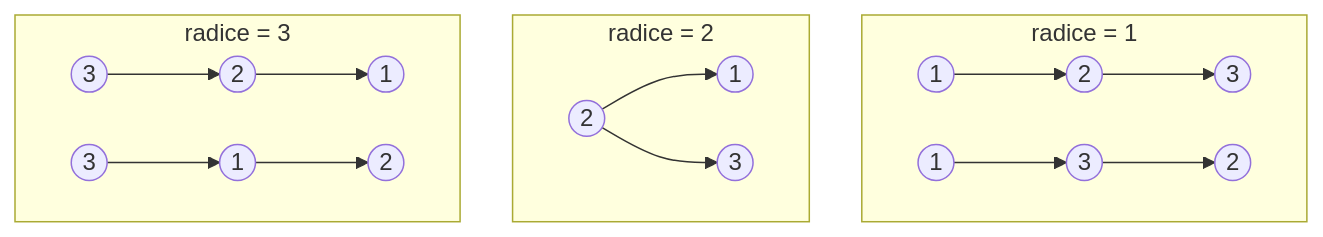
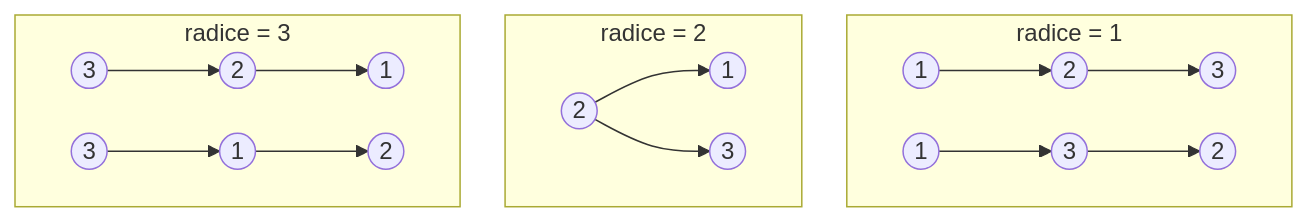
Before and after one commit to matteogiorgi/geonote: the first of 2 diagrams in problema_bst.md, drawn with Mermaid.

Commit message:
fix: adjust nodeSpacing in mermaid initialization

````diff
--- a/problema_bst.md
+++ b/problema_bst.md
@@ -7,20 +7,20 @@
 ```mermaid
-%%{init: {"flowchart": {"nodeSpacing": 35, "rankSpacing": 50}}}%%
+%%{init: {"flowchart": {"nodeSpacing": 30, "rankSpacing": 50}}}%%
 flowchart TD
     subgraph R1["radice = 1"]
         a1((1)) --> a2((2))
         a2 --> a3((3))
         b1((1)) --> b2((3))
         b2 --> b3((2))
     end
     subgraph R2["radice = 2"]
         c1((2)) --> c2((1))
         c1 --> c3((3))
     end
     subgraph R3["radice = 3"]
         d1((3)) --> d2((2))
         d2 --> d3((1))
         e1((3)) --> e2((1))
         e2 --> e3((2))
     end
 ```
````
